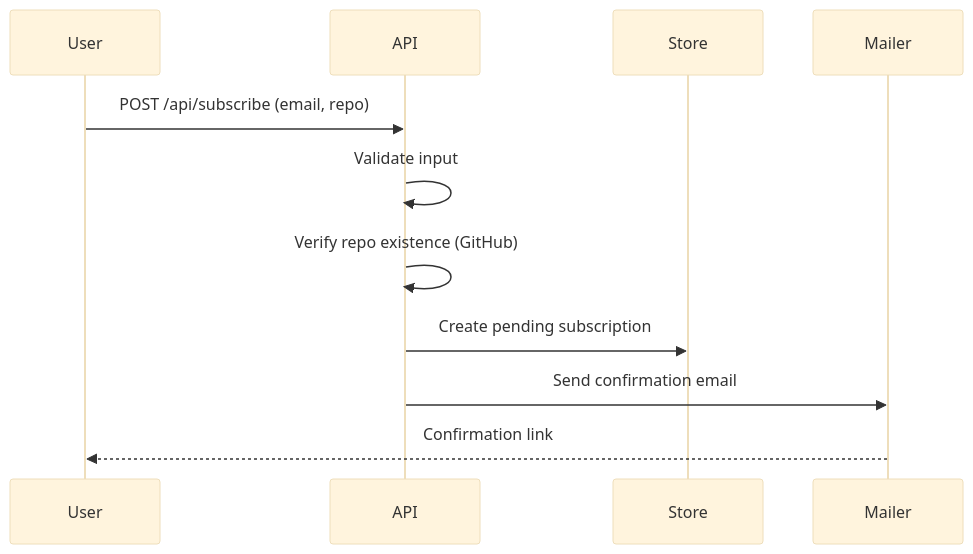
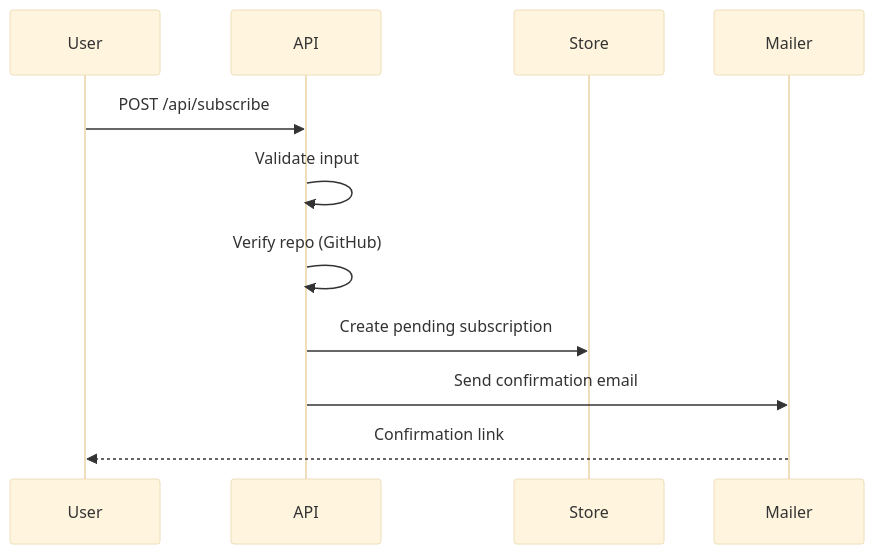
The second of 3 diagrams in docs/architecture.md (GenesisEducationKyiv/software-engineering-school-6-0-RainbowHawk1993), drawn with Mermaid (base theme) before and after one commit. The commit also changed other lines of this file and 61 other files, not shown here.

````diff
--- a/docs/architecture.md
+++ b/docs/architecture.md
@@ -58,14 +73,14 @@
 ```mermaid
 sequenceDiagram
     participant User
     participant API
     participant Store
     participant Mailer
 
-    User->>API: POST /api/subscribe (email, repo)
+    User->>API: POST /api/subscribe
     API->>API: Validate input
-    API->>API: Verify repo existence (GitHub)
+    API->>API: Verify repo (GitHub)
     API->>Store: Create pending subscription
     API->>Mailer: Send confirmation email
     Mailer-->>User: Confirmation link
 ```
````
